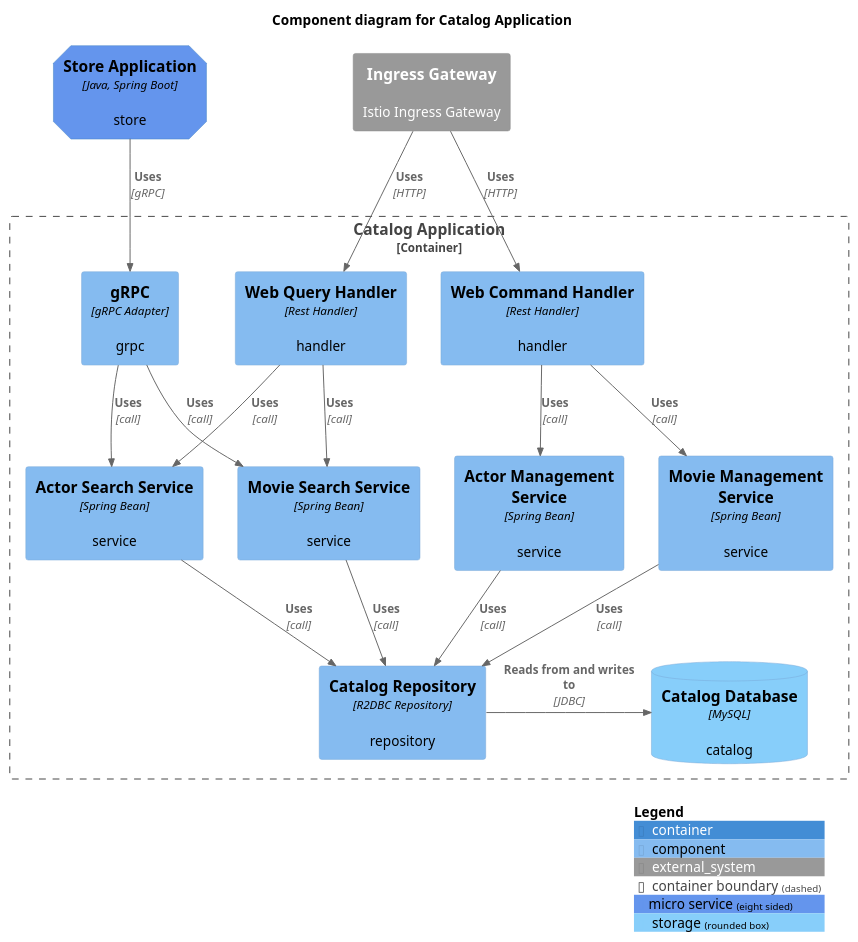
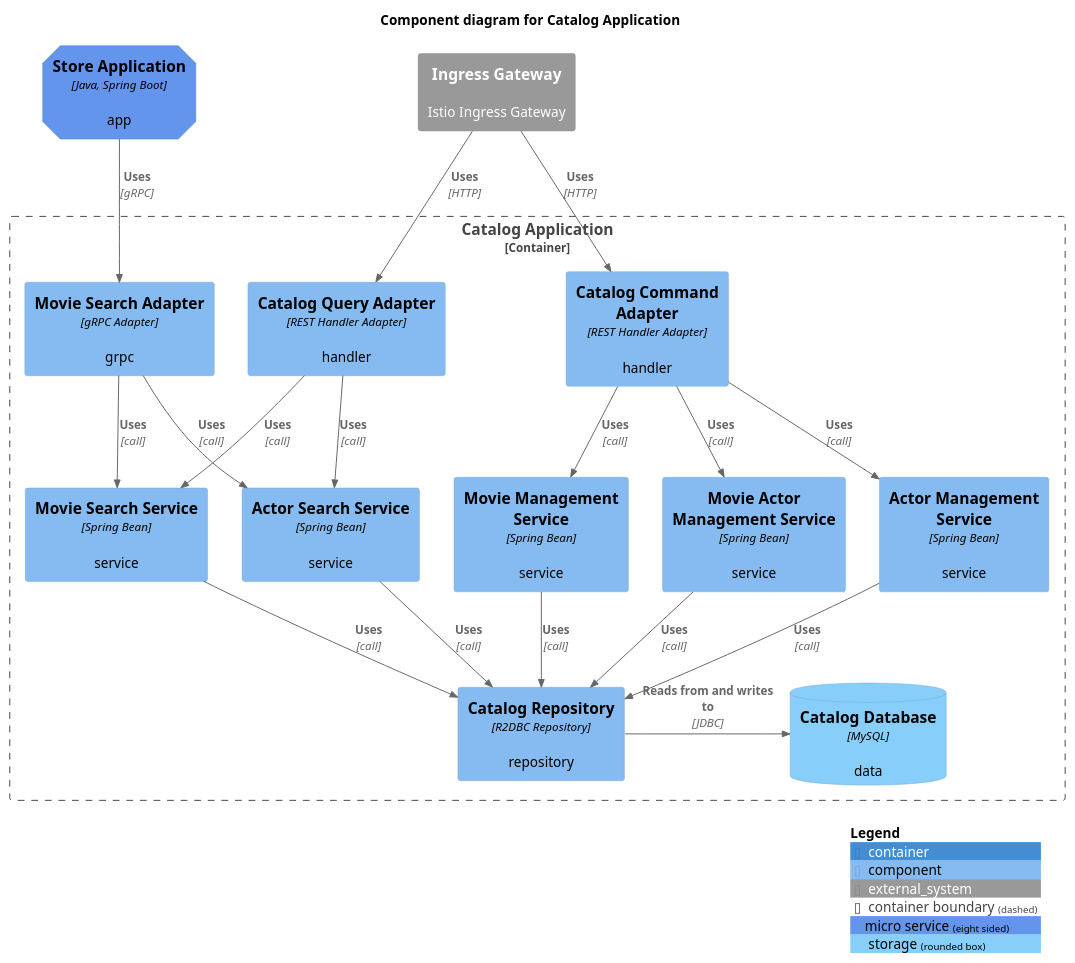
Before and after one commit to codejsha/sakila-microservices: the diagram in diagram/component/catalog-application.puml, drawn with PlantUML. The commit also changed 16 other files, not shown here.

Commit message:
update diagrams

```diff
--- a/diagram/component/catalog-application.puml
+++ b/diagram/component/catalog-application.puml
@@ -1,41 +1,48 @@
 @startuml "catalog-application"
 !include https://raw.githubusercontent.com/plantuml-stdlib/C4-PlantUML/master/C4_Component.puml
 
 AddElementTag("micro_service", $shape=EightSidedShape(), $bgColor="CornflowerBlue", $fontColor="black", $legendText="micro service\neight sided")
 AddElementTag("storage", $shape=RoundedBoxShape(), $bgColor="lightSkyBlue", $fontColor="black")
 
 title Component diagram for Catalog Application
 
-Container(store_app, "Store Application", "Java, Spring Boot", "store", $tags = "micro_service")
+Container(store_app, "Store Application", "Java, Spring Boot", "app", $tags = "micro_service")
 System_Ext(ingress_gateway, "Ingress Gateway", "Istio Ingress Gateway")
 
 Container_Boundary(catalog_app, "Catalog Application") {
-    Component(command_handler, "Web Command Handler", "Rest Handler", "handler")
-    Component(query_handler, "Web Query Handler", "Rest Handler", "handler")
-    Component(grpc, "gRPC", "gRPC Adapter", "grpc")
+    Component(command_adapter, "Catalog Command Adapter", "REST Handler Adapter", "handler")
+    Component(query_adapter, "Catalog Query Adapter", "REST Handler Adapter", "handler")
+    Component(movie_search_adapter, "Movie Search Adapter", "gRPC Adapter", "grpc")
+
     Component(actor_mgmt_service, "Actor Management Service", "Spring Bean", "service")
     Component(actor_search_service, "Actor Search Service", "Spring Bean", "service")
     Component(movie_mgmt_service, "Movie Management Service", "Spring Bean", "service")
     Component(movie_search_service, "Movie Search Service", "Spring Bean", "service")
+    Component(movie_actor_mgmt_service, "Movie Actor Management Service", "Spring Bean", "service")
+
     Component(catalog_repository, "Catalog Repository", "R2DBC Repository", "repository")
-    ComponentDb(catalog_db, "Catalog Database", "MySQL", "catalog", $tags = "storage")
+    ComponentDb(catalog_db, "Catalog Database", "MySQL", "data", $tags = "storage")
 
-    Rel(command_handler, actor_mgmt_service, "Uses", "call")
-    Rel(command_handler, movie_mgmt_service, "Uses", "call")
-    Rel(query_handler, actor_search_service, "Uses", "call")
-    Rel(query_handler, movie_search_service, "Uses", "call")
+    Rel(command_adapter, actor_mgmt_service, "Uses", "call")
+    Rel(command_adapter, movie_mgmt_service, "Uses", "call")
+    Rel(command_adapter, movie_actor_mgmt_service, "Uses", "call")
+    Rel(query_adapter, actor_search_service, "Uses", "call")
+    Rel(query_adapter, movie_search_service, "Uses", "call")
+    Rel(movie_search_adapter, actor_search_service, "Uses", "call")
+    Rel(movie_search_adapter, movie_search_service, "Uses", "call")
+
     Rel(actor_mgmt_service, catalog_repository, "Uses", "call")
     Rel(movie_mgmt_service, catalog_repository, "Uses", "call")
+    Rel(movie_actor_mgmt_service, catalog_repository, "Uses", "call")
     Rel(actor_search_service, catalog_repository, "Uses", "call")
     Rel(movie_search_service, catalog_repository, "Uses", "call")
-    Rel(grpc, actor_search_service, "Uses", "call")
-    Rel(grpc, movie_search_service, "Uses", "call")
+
     Rel_R(catalog_repository, catalog_db, "Reads from and writes to", "JDBC")
 }
 
-Rel(store_app, grpc, "Uses", "gRPC")
-Rel(ingress_gateway, command_handler, "Uses", "HTTP")
-Rel(ingress_gateway, query_handler, "Uses", "HTTP")
+Rel(store_app, movie_search_adapter, "Uses", "gRPC")
+Rel(ingress_gateway, command_adapter, "Uses", "HTTP")
+Rel(ingress_gateway, query_adapter, "Uses", "HTTP")
 
 SHOW_LEGEND()
 @enduml
```
